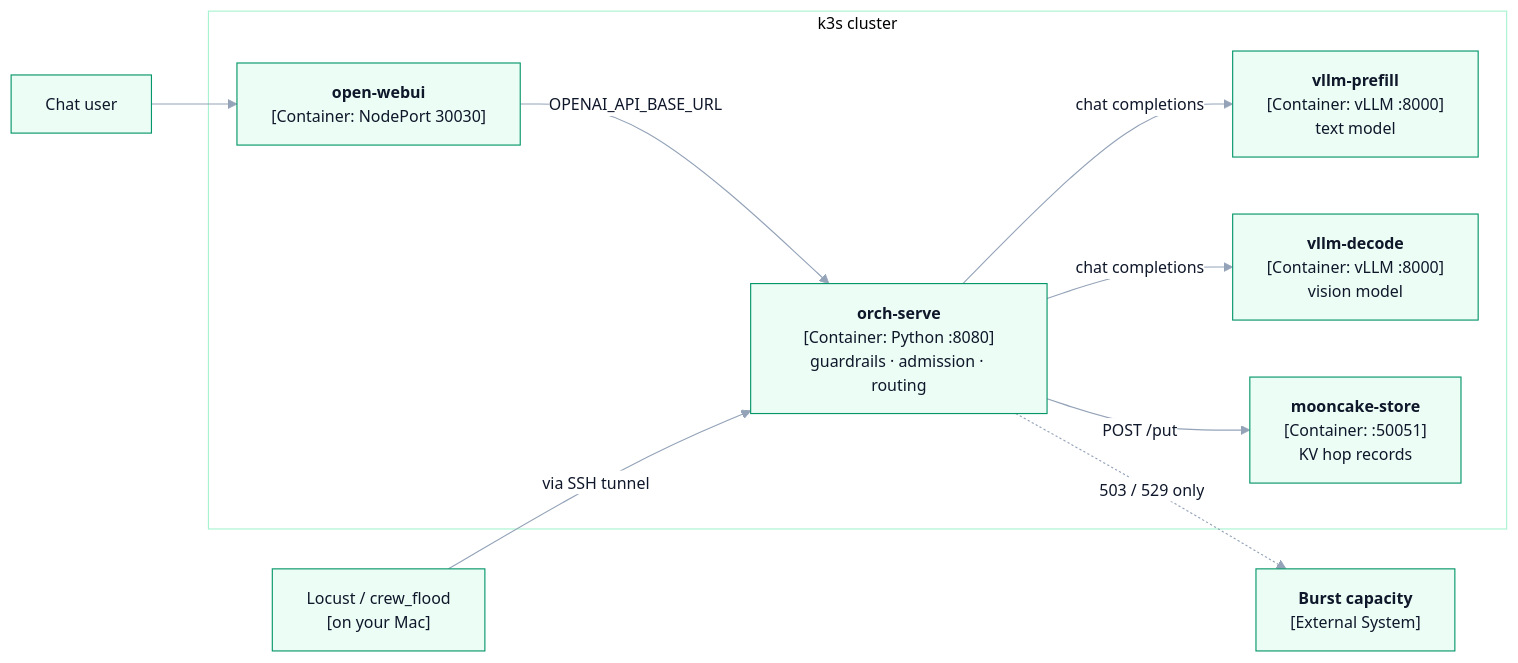
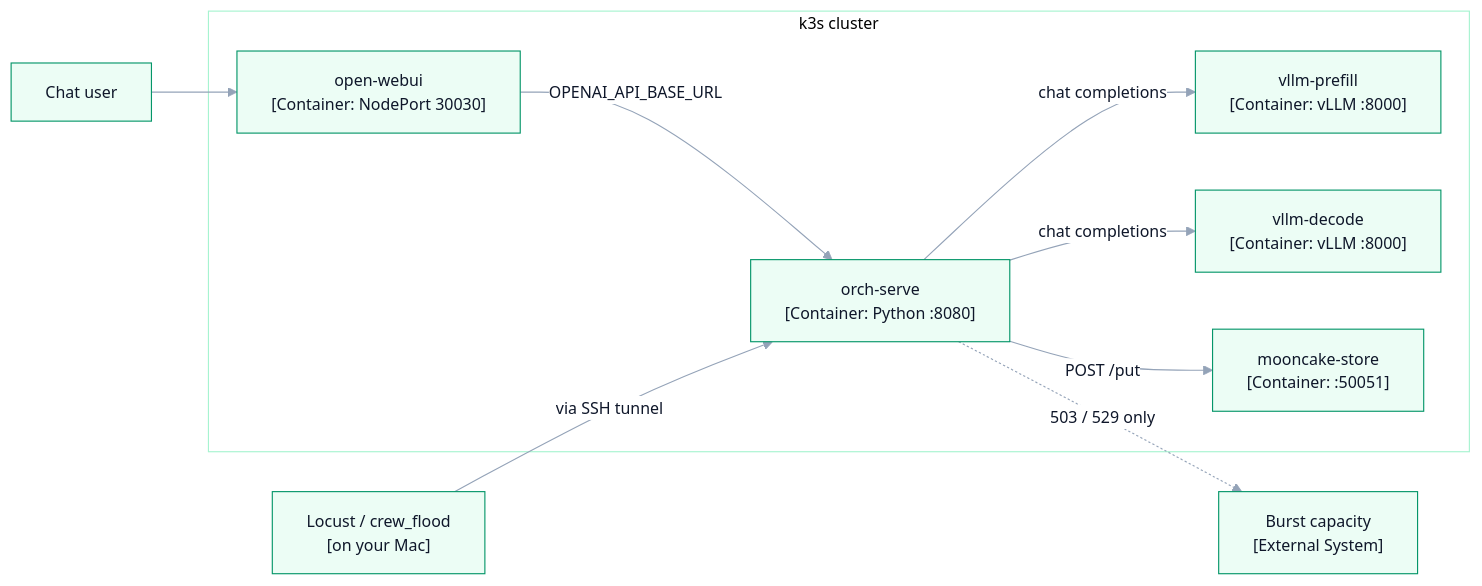
One commit to harshuljain13/Dodona changed the second of 5 diagrams in docs/cluster/ARCHITECTURE.md. Above: the diagram before and after it, drawn with Mermaid. The commit also changed other lines of this file and 17 other files, not shown here.

````diff
--- a/docs/cluster/ARCHITECTURE.md
+++ b/docs/cluster/ARCHITECTURE.md
@@ -72,31 +72,31 @@
 ```mermaid
 %%{init: {'theme':'base','themeVariables':{
   'fontFamily':'ui-sans-serif, -apple-system, Segoe UI, Inter, Helvetica, Arial, sans-serif','fontSize':'14px',
   'primaryColor':'#ecfdf5','primaryTextColor':'#0f172a','primaryBorderColor':'#059669',
   'secondaryColor':'#f8fafc','tertiaryColor':'#ffffff',
   'lineColor':'#94a3b8','textColor':'#1e293b',
   'clusterBkg':'#ffffff','clusterBorder':'#a7f3d0',
   'edgeLabelBackground':'#ffffff','nodeBorder':'#059669'
 }}}%%
 flowchart LR
     CHATTER["Chat user"]
     LOAD["Locust / crew_flood<br/>[on your Mac]"]
 
     subgraph CLUSTER["k3s cluster"]
-        WEBUI["<b>open-webui</b><br/>[Container: NodePort 30030]"]
-        ORCH["<b>orch-serve</b><br/>[Container: Python :8080]<br/>guardrails · admission · routing"]
-        PRE["<b>vllm-prefill</b><br/>[Container: vLLM :8000]<br/>text model"]
-        DEC["<b>vllm-decode</b><br/>[Container: vLLM :8000]<br/>vision model"]
-        MOON["<b>mooncake-store</b><br/>[Container: :50051]<br/>KV hop records"]
+        WEBUI["open-webui<br/>[Container: NodePort 30030]"]
+        ORCH["orch-serve<br/>[Container: Python :8080]"]
+        PRE["vllm-prefill<br/>[Container: vLLM :8000]"]
+        DEC["vllm-decode<br/>[Container: vLLM :8000]"]
+        MOON["mooncake-store<br/>[Container: :50051]"]
     end
 
-    BURST["<b>Burst capacity</b><br/>[External System]"]
+    BURST["Burst capacity<br/>[External System]"]
 
     CHATTER --> WEBUI
     WEBUI -->|"OPENAI_API_BASE_URL"| ORCH
     LOAD -->|"via SSH tunnel"| ORCH
     ORCH -->|"chat completions"| PRE
     ORCH -->|"chat completions"| DEC
     ORCH -->|"POST /put"| MOON
     ORCH -.->|"503 / 529 only"| BURST
 ```
````
